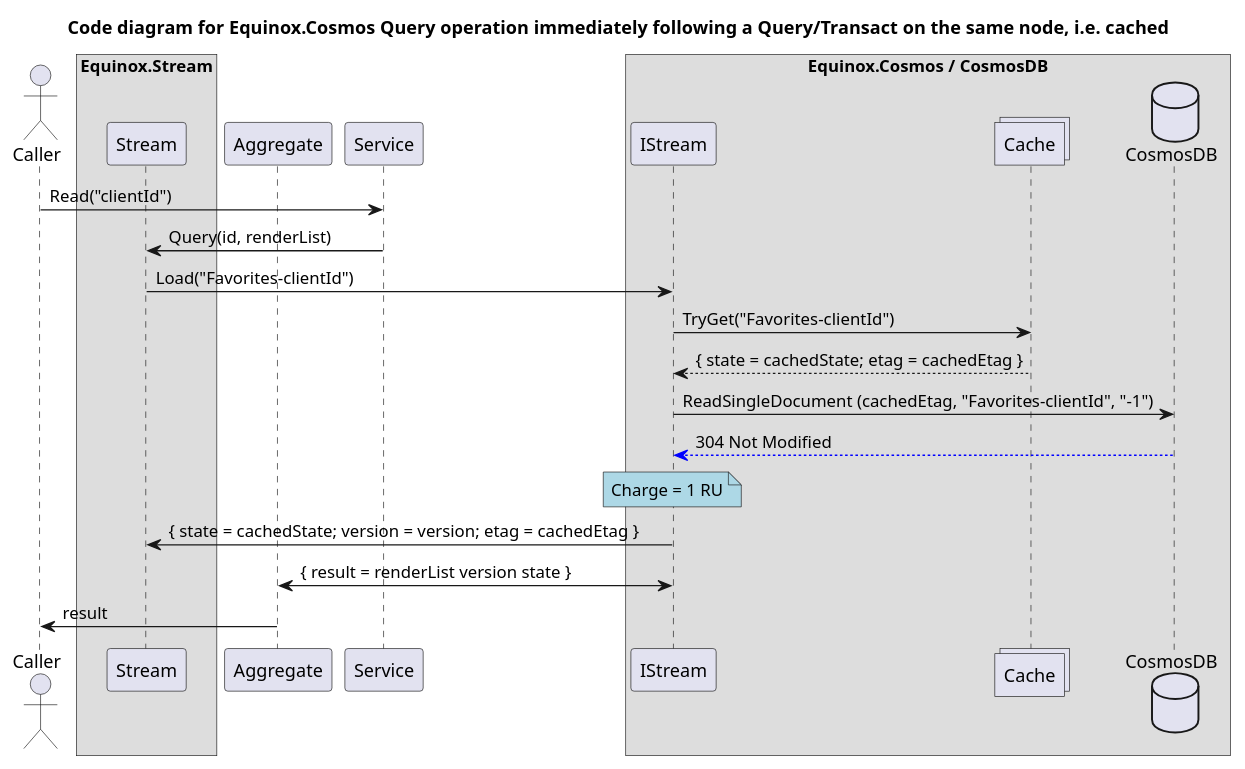
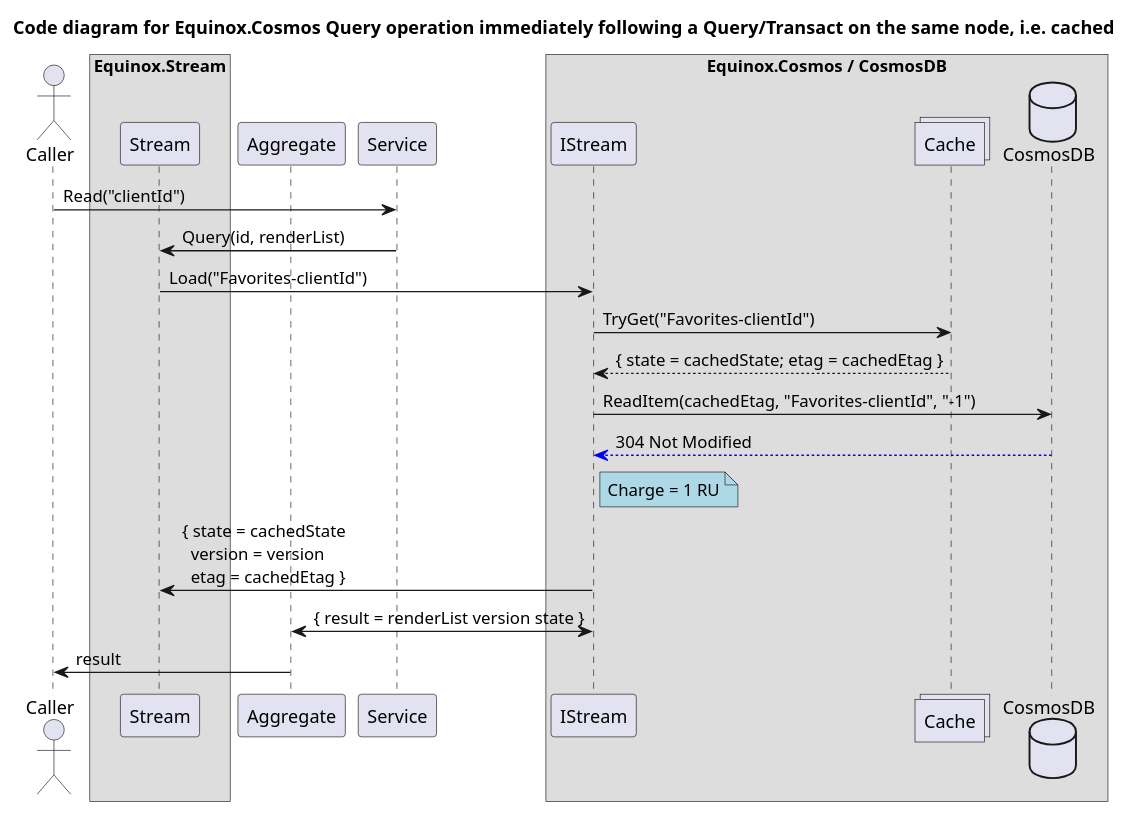
Before and after one commit to jet/equinox: the third of 4 diagrams in diagrams/CosmosCode.puml, drawn with PlantUML. The commit also changed other lines of this file, not shown here.

Commit message:
Cosmos tidying

```diff
--- a/diagrams/CosmosCode.puml
+++ b/diagrams/CosmosCode.puml
@@ -107,28 +117,28 @@
 @startuml
 title Code diagram for Equinox.Cosmos Query operation immediately following a Query/Transact on the same node, i.e. cached
 
 actor Caller order 20
 box "Equinox.Stream"
     participant Stream order 40
 end box
 participant Aggregate order 50
 participant Service order 60
 box "Equinox.Cosmos / CosmosDB"
   participant IStream order 80
   collections Cache order 90
   database CosmosDB order 100
 end box
 
 Caller -> Service: Read("clientId")
 participant Aggregate
 Service -> Stream: Query(id, renderList)
 Stream -> IStream: Load("Favorites-clientId")
 IStream -> Cache: TryGet("Favorites-clientId")
 Cache --> IStream: { state = cachedState; etag = cachedEtag }
-IStream -> CosmosDB: ReadSingleDocument (cachedEtag, "Favorites-clientId", "-1")
+IStream -> CosmosDB: ReadItem(cachedEtag, "Favorites-clientId", "-1")
 CosmosDB -[#blue]->  IStream: 304 Not Modified
-note over IStream #lightblue: Charge = 1 RU
-IStream -> Stream: { state = cachedState; version = version; etag = cachedEtag }
+note right IStream #lightblue: Charge = 1 RU
+IStream -> Stream: { state = cachedState\n  version = version\n  etag = cachedEtag }
 Aggregate <-> IStream: { result = renderList version state }
 Aggregate -> Caller: result
 @enduml
```
